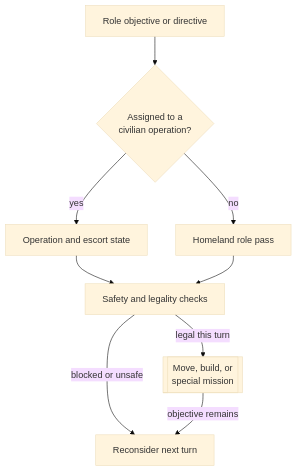
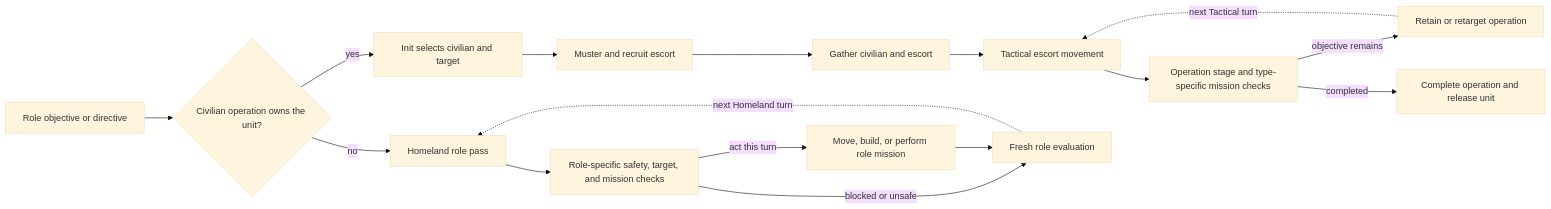
The diagram in docs/developers/civ5-dll/unit-ai/civilian-operation.md (vox-deorum/vox-deorum), drawn with Mermaid (base theme) before and after one commit. The commit also changed other lines of this file and 12 other files, not shown here.

````diff
--- a/docs/developers/civ5-dll/unit-ai/civilian-operation.md
+++ b/docs/developers/civ5-dll/unit-ai/civilian-operation.md
@@ -11,19 +22,18 @@
 ```mermaid
-flowchart TD
-    O[Role objective or directive]
-    A{Assigned to a<br/>civilian operation?}
-    C[Operation and escort state]
-    H[Homeland role pass]
-    S[Safety and legality checks]
-    M[[Move, build, or<br/>special mission]]
-    N[Reconsider next turn]
-
-    O --> A
-    A -->|yes| C
-    A -->|no| H
-    C --> S
-    H --> S
-    S -->|legal this turn| M
-    S -->|blocked or unsafe| N
-    M -->|objective remains| N
+flowchart LR
+    O[Role objective or directive] --> A{Civilian operation owns the unit?}
+    A -->|yes| I[Init selects civilian and target]
+    I --> M[Muster and recruit escort]
+    M --> G[Gather civilian and escort]
+    G --> T[Tactical escort movement]
+    T --> P[Operation stage and type-specific mission checks]
+    P -->|objective remains| N[Retain or retarget operation]
+    N -.->|next Tactical turn| T
+    P -->|completed| C[Complete operation and release unit]
+    A -->|no| H[Homeland role pass]
+    H --> S[Role-specific safety, target, and mission checks]
+    S -->|act this turn| R[Move, build, or perform role mission]
+    S -->|blocked or unsafe| V[Fresh role evaluation]
+    R --> V
+    V -.->|next Homeland turn| H
 ```
````
